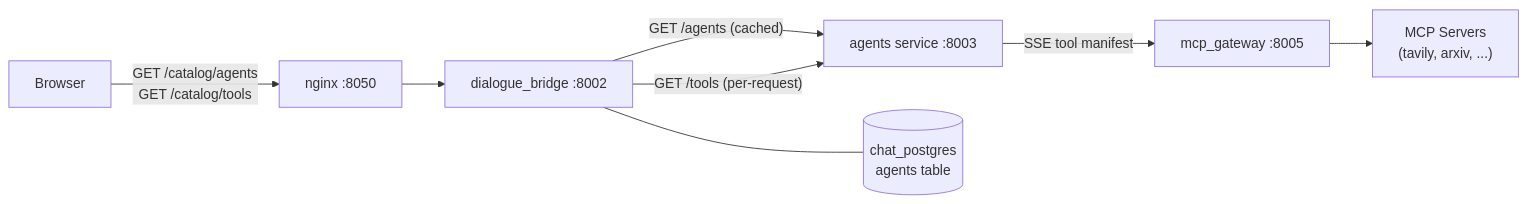
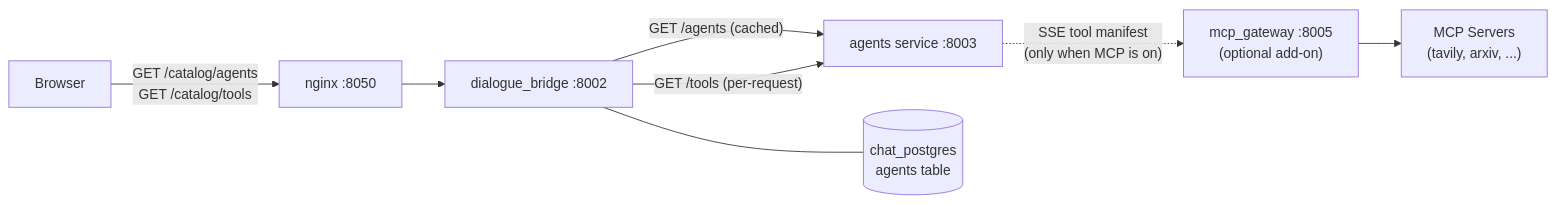
The first of 6 diagrams in docs/flows/catalog.md (konstantinosmpouros/mAgenticX), drawn with Mermaid before and after one commit. The commit also changed other lines of this file and 31 other files, not shown here.

````diff
--- a/docs/flows/catalog.md
+++ b/docs/flows/catalog.md
@@ -9,10 +9,10 @@
 ```mermaid
 flowchart LR
     Browser["Browser"] -->|"GET /catalog/agents\nGET /catalog/tools"| nginx["nginx :8050"]
     nginx --> bridge["dialogue_bridge :8002"]
     bridge -->|"GET /agents (cached)"| agents["agents service :8003"]
     bridge -->|"GET /tools (per-request)"| agents
-    agents -->|"SSE tool manifest"| mcp["mcp_gateway :8005"]
+    agents -.->|"SSE tool manifest\n(only when MCP is on)"| mcp["mcp_gateway :8005\n(optional add-on)"]
     mcp --> servers["MCP Servers\n(tavily, arxiv, ...)"]
     bridge --- pg[("chat_postgres\nagents table")]
 ```
````
